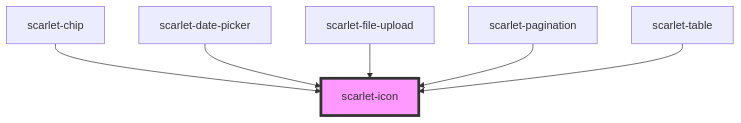
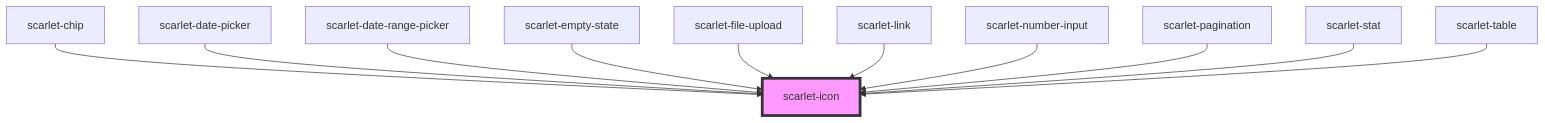
One commit to alexLaw10/scarlet-designer-system changed the diagram in src/components/foundation/scarlet-icon/readme.md. Above: the diagram before and after it, drawn with Mermaid. The commit also changed other lines of this file and 133 other files, not shown here.

````diff
--- a/src/components/foundation/scarlet-icon/readme.md
+++ b/src/components/foundation/scarlet-icon/readme.md
@@ -41,9 +46,14 @@
 ```mermaid
 graph TD;
   scarlet-chip --> scarlet-icon
   scarlet-date-picker --> scarlet-icon
+  scarlet-date-range-picker --> scarlet-icon
+  scarlet-empty-state --> scarlet-icon
   scarlet-file-upload --> scarlet-icon
+  scarlet-link --> scarlet-icon
+  scarlet-number-input --> scarlet-icon
   scarlet-pagination --> scarlet-icon
+  scarlet-stat --> scarlet-icon
   scarlet-table --> scarlet-icon
   style scarlet-icon fill:#f9f,stroke:#333,stroke-width:4px
 ```
````
